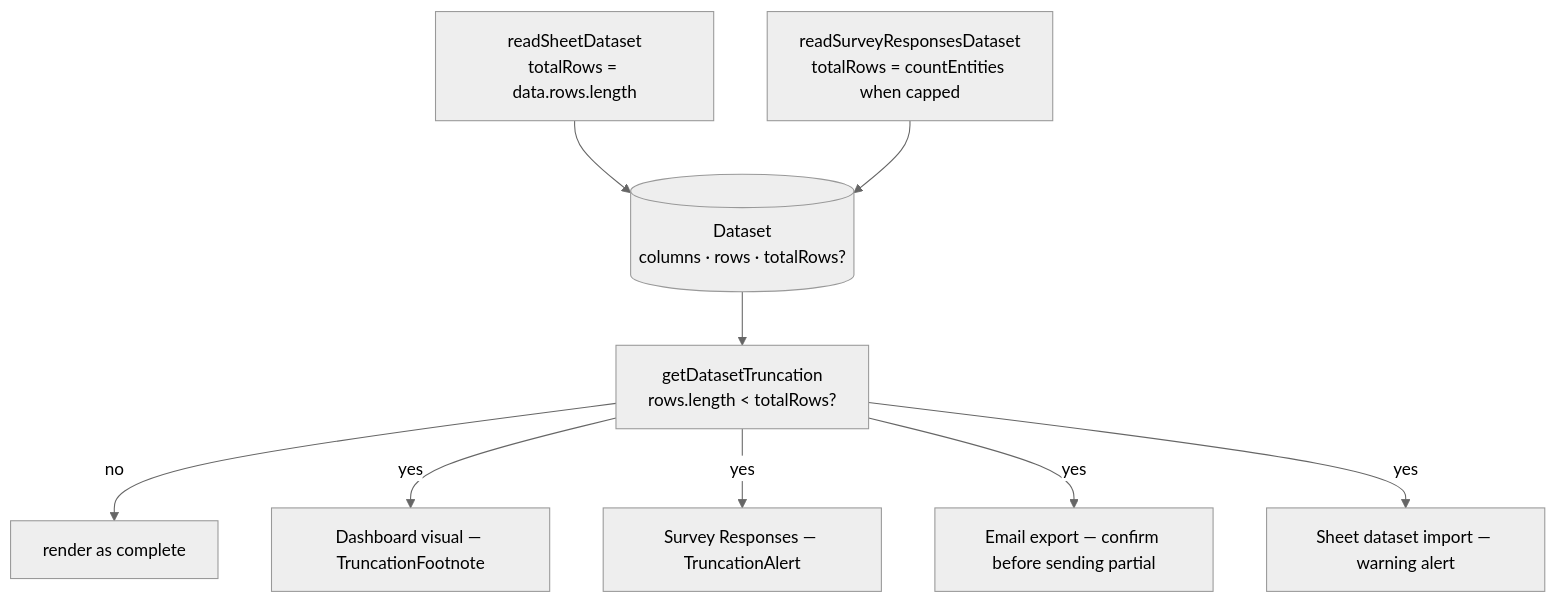
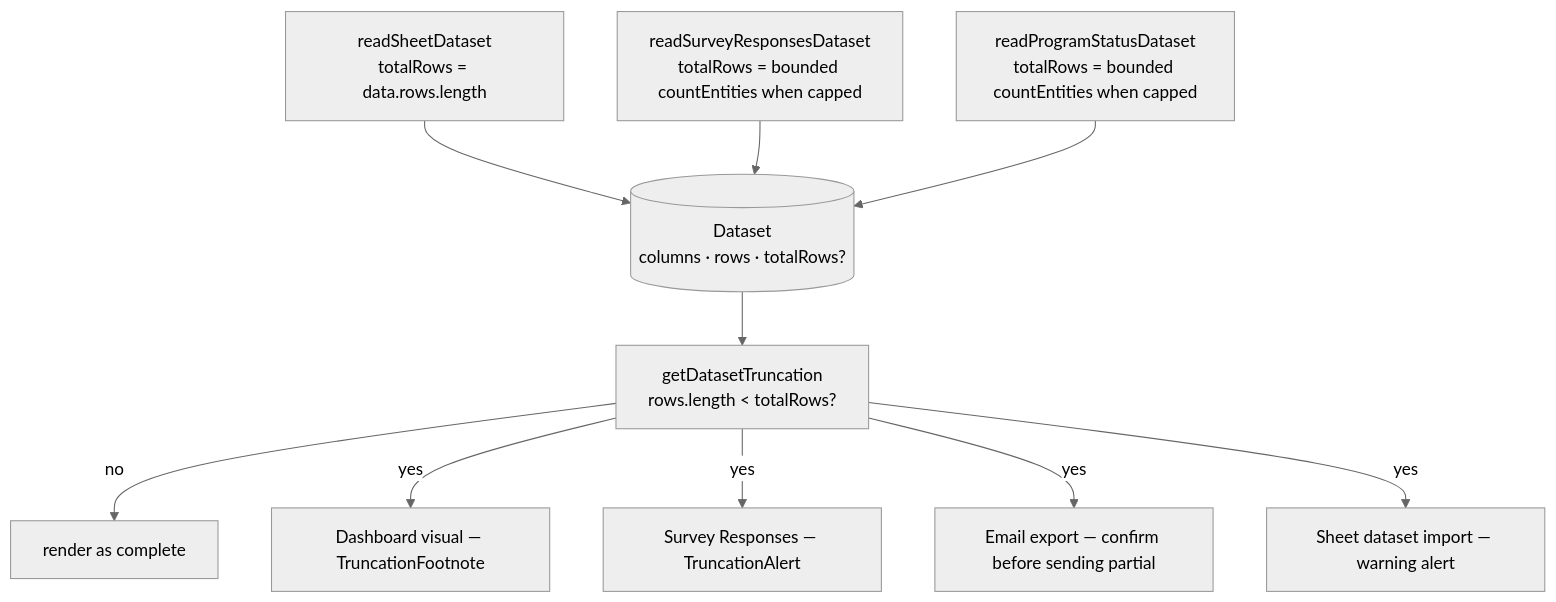
Before and after one commit to Esposter/Esposter: the diagram in packages/app/content/docs/platform/dataset-row-cap-warning.md, drawn with Mermaid (neutral theme). The commit also changed other lines of this file and 6 other files, not shown here.

````diff
--- a/packages/app/content/docs/platform/dataset-row-cap-warning.md
+++ b/packages/app/content/docs/platform/dataset-row-cap-warning.md
@@ -16,11 +16,12 @@
 ```mermaid
 flowchart TD
   SHEET["readSheetDataset<br/>totalRows = data.rows.length"] --> DS[("Dataset<br/>columns · rows · totalRows?")]
-  SURVEY["readSurveyResponsesDataset<br/>totalRows = countEntities when capped"] --> DS
+  SURVEY["readSurveyResponsesDataset<br/>totalRows = bounded countEntities when capped"] --> DS
+  PROGRAM["readProgramStatusDataset<br/>totalRows = bounded countEntities when capped"] --> DS
   DS --> CHECK["getDatasetTruncation<br/>rows.length < totalRows?"]
   CHECK -->|"no"| SILENT["render as complete"]
   CHECK -->|"yes"| FOOT["Dashboard visual — TruncationFootnote"]
   CHECK -->|"yes"| BANNER["Survey Responses — TruncationAlert"]
   CHECK -->|"yes"| CONFIRM["Email export — confirm before sending partial"]
   CHECK -->|"yes"| IMPORT["Sheet dataset import — warning alert"]
 ```
````
